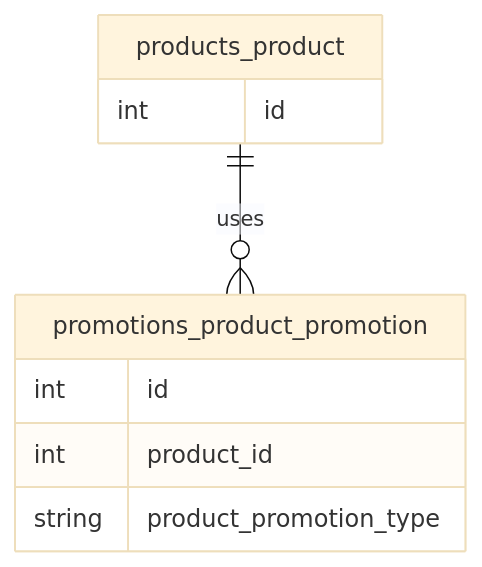
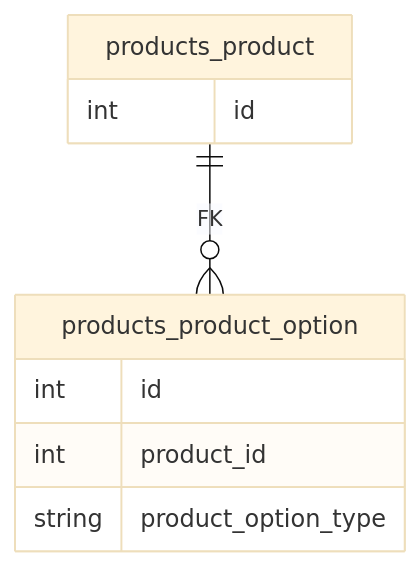
Before and after one commit to devwock/foam: the diagram in language/python/django/annotation-filter.md, drawn with Mermaid (base theme). The commit also changed other lines of this file and 73 other files, not shown here.

````diff
--- a/language/python/django/annotation-filter.md
+++ b/language/python/django/annotation-filter.md
@@ -34,12 +29,12 @@
 ```mermaid
 erDiagram
     products_product {
         int id
     }
-    promotions_product_promotion {
+    products_product_option {
         int id
         int product_id
-        string product_promotion_type
+        string product_option_type
     }
-    products_product ||--o{ promotions_product_promotion : uses
+    products_product ||--o{ products_product_option : FK
 ```
````
